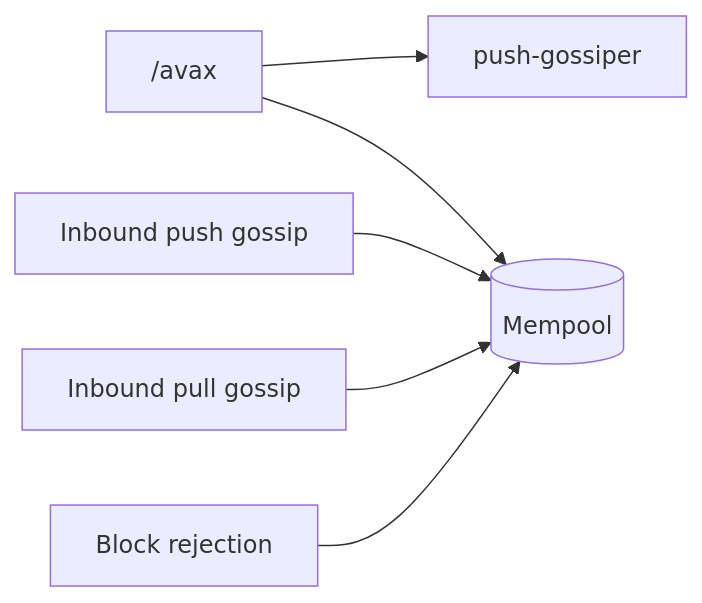
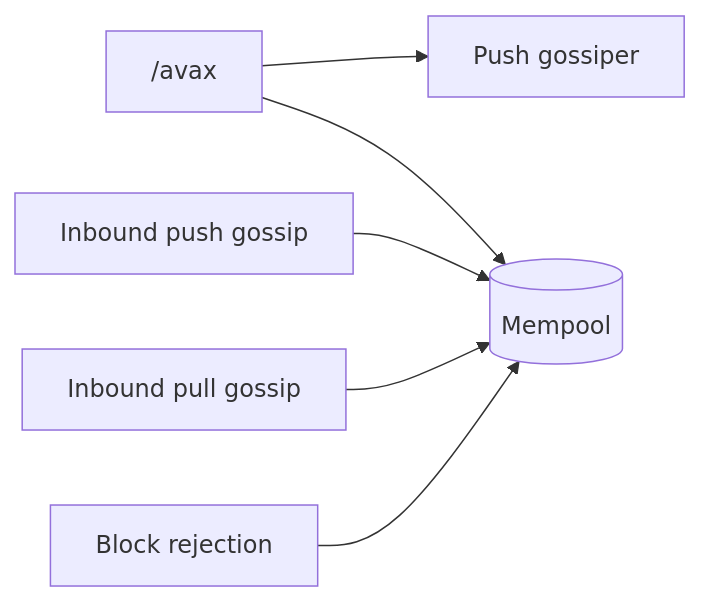
The third of 3 diagrams in vms/saevm/cchain/README.md (ava-labs/avalanchego), drawn with Mermaid before and after one commit.

Commit message:
nit cleanup diagram

````diff
--- a/vms/saevm/cchain/README.md
+++ b/vms/saevm/cchain/README.md
@@ -113,15 +113,15 @@
 ```mermaid
 flowchart LR
     rpc["/avax"]
-    pushgossip["push-gossiper"]
+    pushgossip["Push gossiper"]
     push["Inbound push gossip"]
     pull["Inbound pull gossip"]
     rej["Block rejection"]
     mempool[("Mempool")]
 
     rpc --> pushgossip
     rpc --> mempool
     push --> mempool
     pull --> mempool
     rej --> mempool
 ```
````
